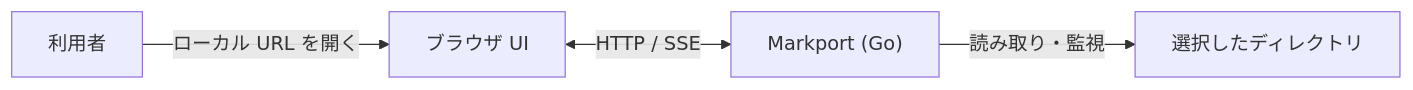
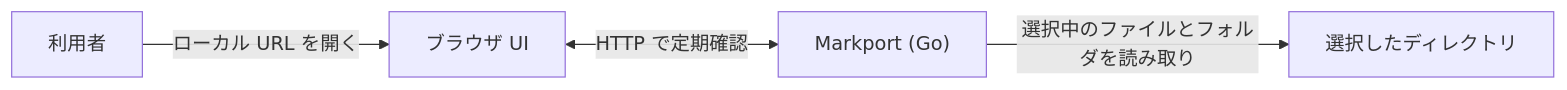
One commit to yomon8/markport changed the diagram in README.ja.md. Above: the diagram before and after it, drawn with Mermaid. The commit also changed other lines of this file and 12 other files, not shown here.

````diff
--- a/README.ja.md
+++ b/README.ja.md
@@ -32,6 +32,6 @@
 ```mermaid
 flowchart LR
     user["利用者"] -->|"ローカル URL を開く"| browser["ブラウザ UI"]
-    browser <-->|"HTTP / SSE"| server["Markport (Go)"]
-    server -->|"読み取り・監視"| directory["選択したディレクトリ"]
+    browser <-->|"HTTP で定期確認"| server["Markport (Go)"]
+    server -->|"選択中のファイルとフォルダを読み取り"| directory["選択したディレクトリ"]
 ```
````
